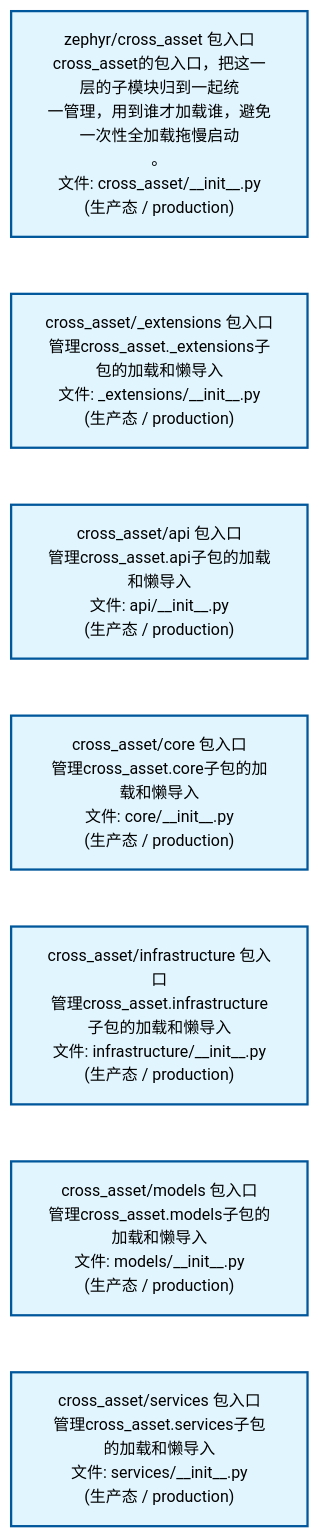
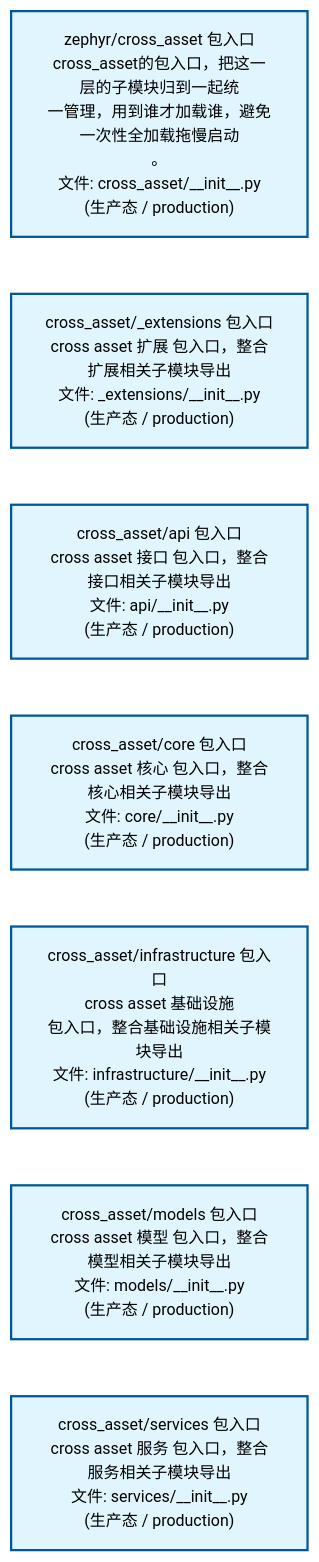
Before and after one commit to xuanFelixVan/ZephyrAlpha: the first of 2 diagrams in docs/02_enterprise_architecture/02_domain_architecture_docs/40_d_cross_asset.md, drawn with Mermaid. The commit also changed other lines of this file and 50 other files, not shown here.

````diff
--- a/docs/02_enterprise_architecture/02_domain_architecture_docs/40_d_cross_asset.md
+++ b/docs/02_enterprise_architecture/02_domain_architecture_docs/40_d_cross_asset.md
@@ -53,22 +53,22 @@
 ```mermaid
 %%{init: {'theme': 'base', 'themeVariables': {'primaryColor': '#eaeaea', 'primaryTextColor': '#333333', 'primaryBorderColor': '#666666', 'lineColor': '#666666', 'secondaryColor': '#eaeaea', 'tertiaryColor': '#eaeaea', 'fontSize': '14px'}}}%%
 flowchart TD
     src_zephyr_cross_asset_init_py["zephyr/cross_asset 包入口<br/>cross_asset的包入口，把这一层的子模块归到一起统<br/>一管理，用到谁才加载谁，避免一次性全加载拖慢启动<br/>。<br/>文件: cross_asset/__init__.py<br/>(生产态 / production)"]
-    src_zephyr_cross_asset_extensions_init_py["cross_asset/_extensions 包入口<br/>管理cross_asset._extensions子包的加载和懒导入<br/>文件: _extensions/__init__.py<br/>(生产态 / production)"]
-    src_zephyr_cross_asset_api_init_py["cross_asset/api 包入口<br/>管理cross_asset.api子包的加载和懒导入<br/>文件: api/__init__.py<br/>(生产态 / production)"]
-    src_zephyr_cross_asset_core_init_py["cross_asset/core 包入口<br/>管理cross_asset.core子包的加载和懒导入<br/>文件: core/__init__.py<br/>(生产态 / production)"]
-    src_zephyr_cross_asset_infrastructure_init_py["cross_asset/infrastructure 包入口<br/>管理cross_asset.infrastructure子包的加载和懒导入<br/>文件: infrastructure/__init__.py<br/>(生产态 / production)"]
-    src_zephyr_cross_asset_models_init_py["cross_asset/models 包入口<br/>管理cross_asset.models子包的加载和懒导入<br/>文件: models/__init__.py<br/>(生产态 / production)"]
-    src_zephyr_cross_asset_services_init_py["cross_asset/services 包入口<br/>管理cross_asset.services子包的加载和懒导入<br/>文件: services/__init__.py<br/>(生产态 / production)"]
+    src_zephyr_cross_asset_extensions_init_py["cross_asset/_extensions 包入口<br/>cross asset 扩展 包入口，整合扩展相关子模块导出<br/>文件: _extensions/__init__.py<br/>(生产态 / production)"]
+    src_zephyr_cross_asset_api_init_py["cross_asset/api 包入口<br/>cross asset 接口 包入口，整合接口相关子模块导出<br/>文件: api/__init__.py<br/>(生产态 / production)"]
+    src_zephyr_cross_asset_core_init_py["cross_asset/core 包入口<br/>cross asset 核心 包入口，整合核心相关子模块导出<br/>文件: core/__init__.py<br/>(生产态 / production)"]
+    src_zephyr_cross_asset_infrastructure_init_py["cross_asset/infrastructure 包入口<br/>cross asset 基础设施<br/>包入口，整合基础设施相关子模块导出<br/>文件: infrastructure/__init__.py<br/>(生产态 / production)"]
+    src_zephyr_cross_asset_models_init_py["cross_asset/models 包入口<br/>cross asset 模型 包入口，整合模型相关子模块导出<br/>文件: models/__init__.py<br/>(生产态 / production)"]
+    src_zephyr_cross_asset_services_init_py["cross_asset/services 包入口<br/>cross asset 服务 包入口，整合服务相关子模块导出<br/>文件: services/__init__.py<br/>(生产态 / production)"]
     src_zephyr_cross_asset_init_py ~~~ src_zephyr_cross_asset_extensions_init_py
     src_zephyr_cross_asset_extensions_init_py ~~~ src_zephyr_cross_asset_api_init_py
     src_zephyr_cross_asset_api_init_py ~~~ src_zephyr_cross_asset_core_init_py
     src_zephyr_cross_asset_core_init_py ~~~ src_zephyr_cross_asset_infrastructure_init_py
     src_zephyr_cross_asset_infrastructure_init_py ~~~ src_zephyr_cross_asset_models_init_py
     src_zephyr_cross_asset_models_init_py ~~~ src_zephyr_cross_asset_services_init_py
     classDef production fill:#e1f5fe,stroke:#01579b,stroke-width:2px,color:#000
     classDef design fill:#fff3e0,stroke:#e65100,stroke-width:2px,color:#000,stroke-dasharray: 5 5
     classDef external_prod fill:#e8f4fd,stroke:#0277bd,stroke-width:1px,color:#000
     classDef external_design fill:#fff8e7,stroke:#ef6c00,stroke-width:1px,color:#000,stroke-dasharray: 5 5
     class src_zephyr_cross_asset_init_py,src_zephyr_cross_asset_extensions_init_py,src_zephyr_cross_asset_api_init_py,src_zephyr_cross_asset_core_init_py,src_zephyr_cross_asset_infrastructure_init_py,src_zephyr_cross_asset_models_init_py,src_zephyr_cross_asset_services_init_py production
 ```
````
